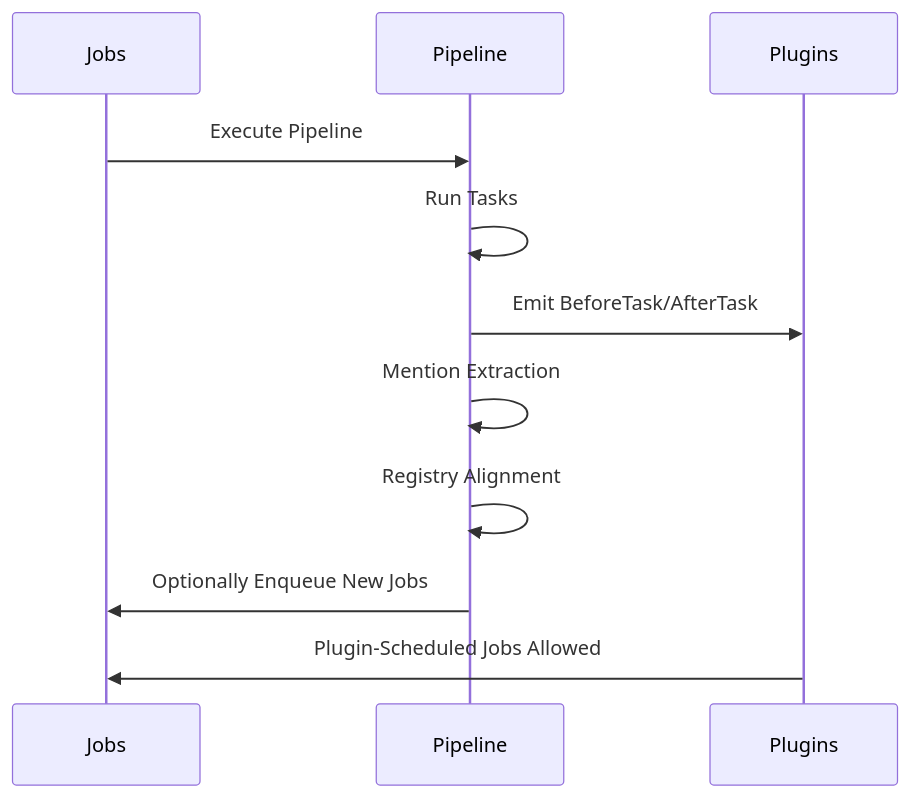
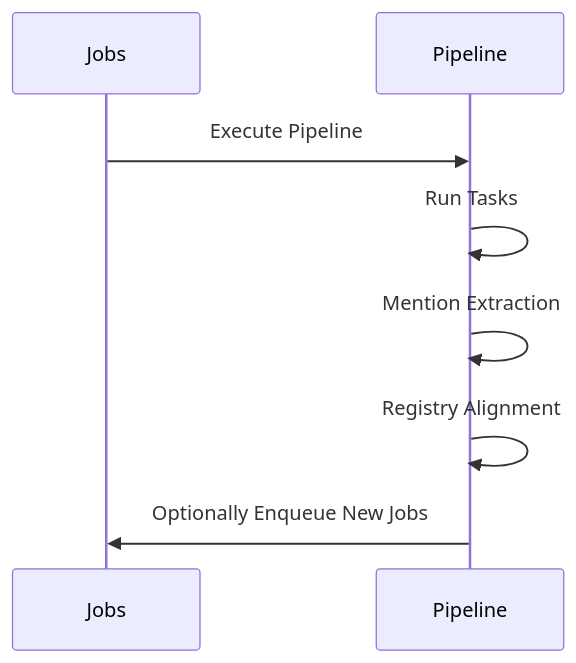
Before and after one commit to ContextHelp/ContextHelp: the third of 3 diagrams in docs/ctxt/pipelines.md, drawn with Mermaid. The commit also changed other lines of this file and 152 other files, not shown here.

````diff
--- a/docs/ctxt/pipelines.md
+++ b/docs/ctxt/pipelines.md
@@ -242,14 +155,11 @@
 ```mermaid
 sequenceDiagram
     participant Jobs
     participant Pipeline
-    participant Plugins
 
     Jobs->>Pipeline: Execute Pipeline
     Pipeline->>Pipeline: Run Tasks
-    Pipeline->>Plugins: Emit BeforeTask/AfterTask
     Pipeline->>Pipeline: Mention Extraction
     Pipeline->>Pipeline: Registry Alignment
     Pipeline->>Jobs: Optionally Enqueue New Jobs
-    Plugins->>Jobs: Plugin-Scheduled Jobs Allowed
 ```
````
